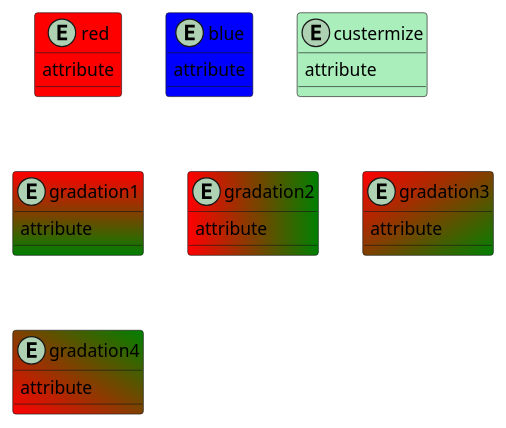
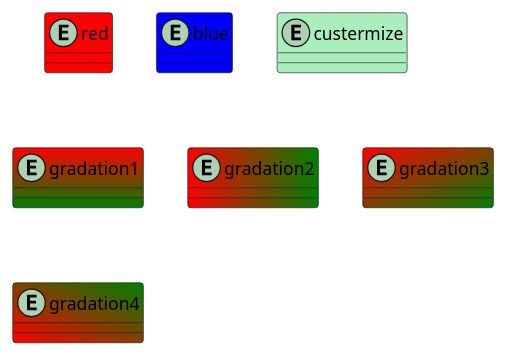
One commit to crsml/plantuml changed the third of 16 diagrams in er-diagram-cheat-sheet.md. Above: the diagram before and after it, drawn with PlantUML. The commit also changed other lines of this file, not shown here.

````diff
--- a/er-diagram-cheat-sheet.md
+++ b/er-diagram-cheat-sheet.md
@@ -58,25 +57,18 @@
 ```uml
 @startuml
     entity red #red {
-        attribute
     }
     entity blue #blue {
-        attribute
     }
     entity custermize #AAEEBB {
-        attribute
     }
     entity gradation1 #red-green {
-        attribute
     }
     entity gradation2 #red|green {
-        attribute
     }
     entity gradation3 #red/green {
-        attribute
     }
     entity gradation4 #red\green {
-        attribute
     }
 @enduml
 ```
````
